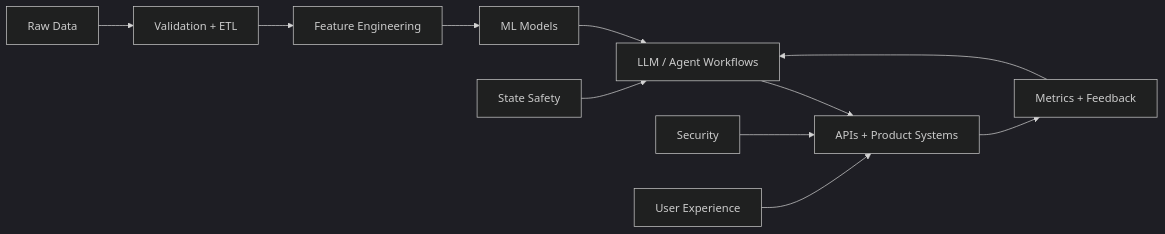
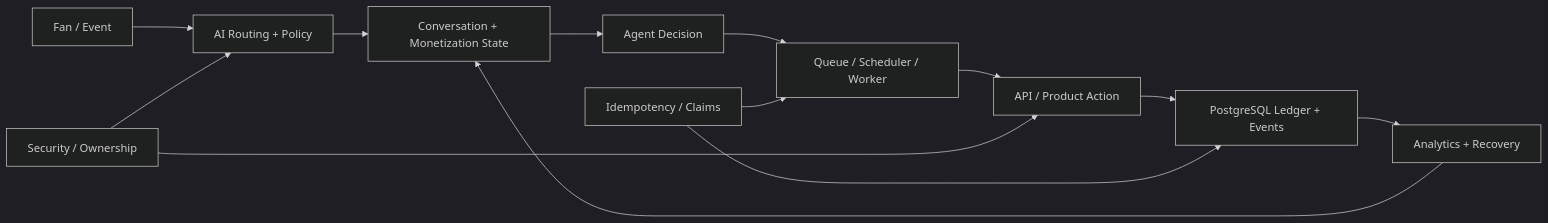
The first of 2 diagrams in README.md (dhrumilrana25/dhrumilrana25), drawn with Mermaid (dark theme) before and after one commit. The commit also changed other lines of this file, not shown here.

````diff
--- a/README.md
+++ b/README.md
@@ -193,14 +269,17 @@
 ```mermaid
 flowchart LR
-    A[Raw Data] --> B[Validation + ETL]
-    B --> C[Feature Engineering]
-    C --> D[ML Models]
-    D --> E[LLM / Agent Workflows]
-    E --> F[APIs + Product Systems]
-    F --> G[Metrics + Feedback]
-    G --> E
+    A[Fan / Event] --> B[AI Routing + Policy]
+    B --> C[Conversation + Monetization State]
+    C --> D[Agent Decision]
+    D --> E[Queue / Scheduler / Worker]
+    E --> F[API / Product Action]
+    F --> G[PostgreSQL Ledger + Events]
+    G --> H[Analytics + Recovery]
+    H --> C
 
-    H[Security] --> F
-    I[State Safety] --> E
-    J[User Experience] --> F
+    I[Security / Ownership] --> B
+    I --> F
+
+    J[Idempotency / Claims] --> E
+    J --> G
 ```
````
